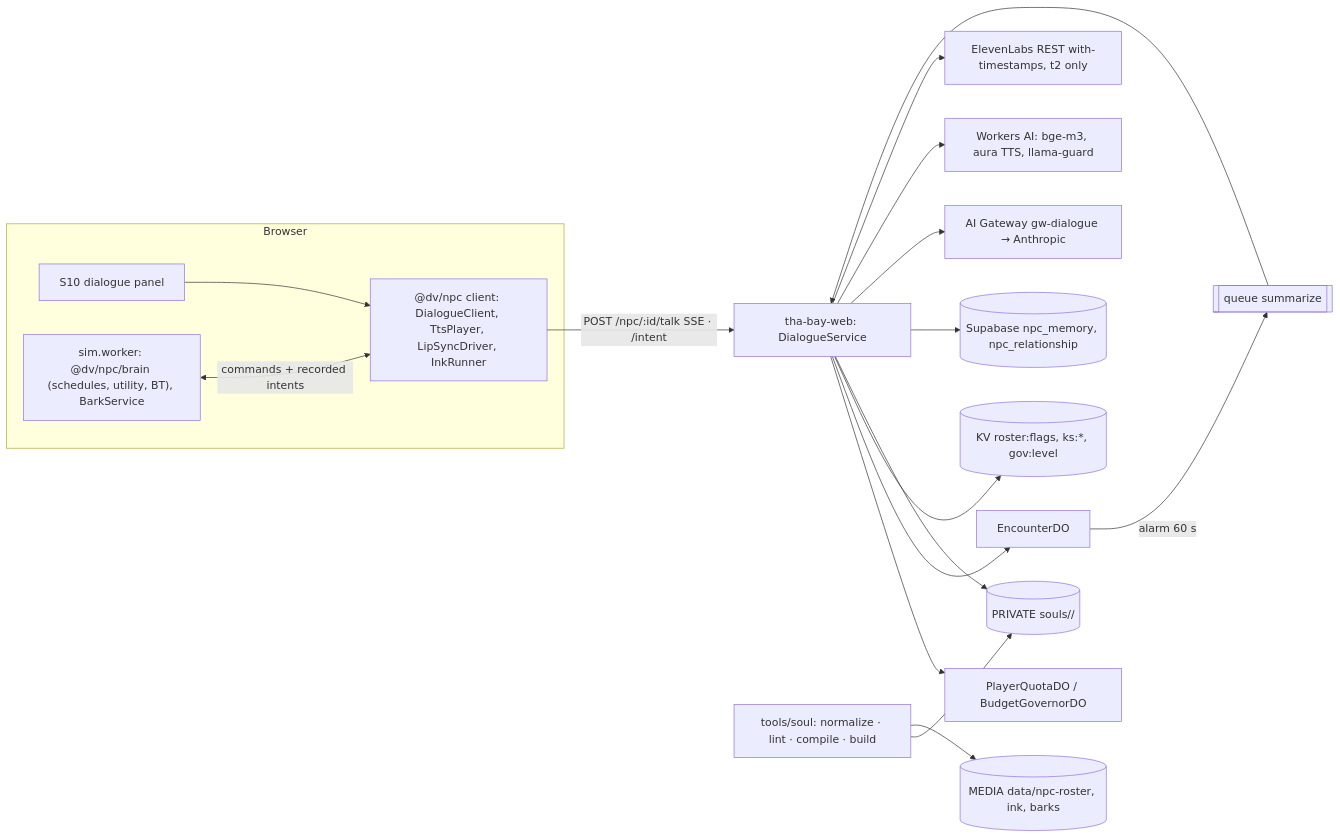
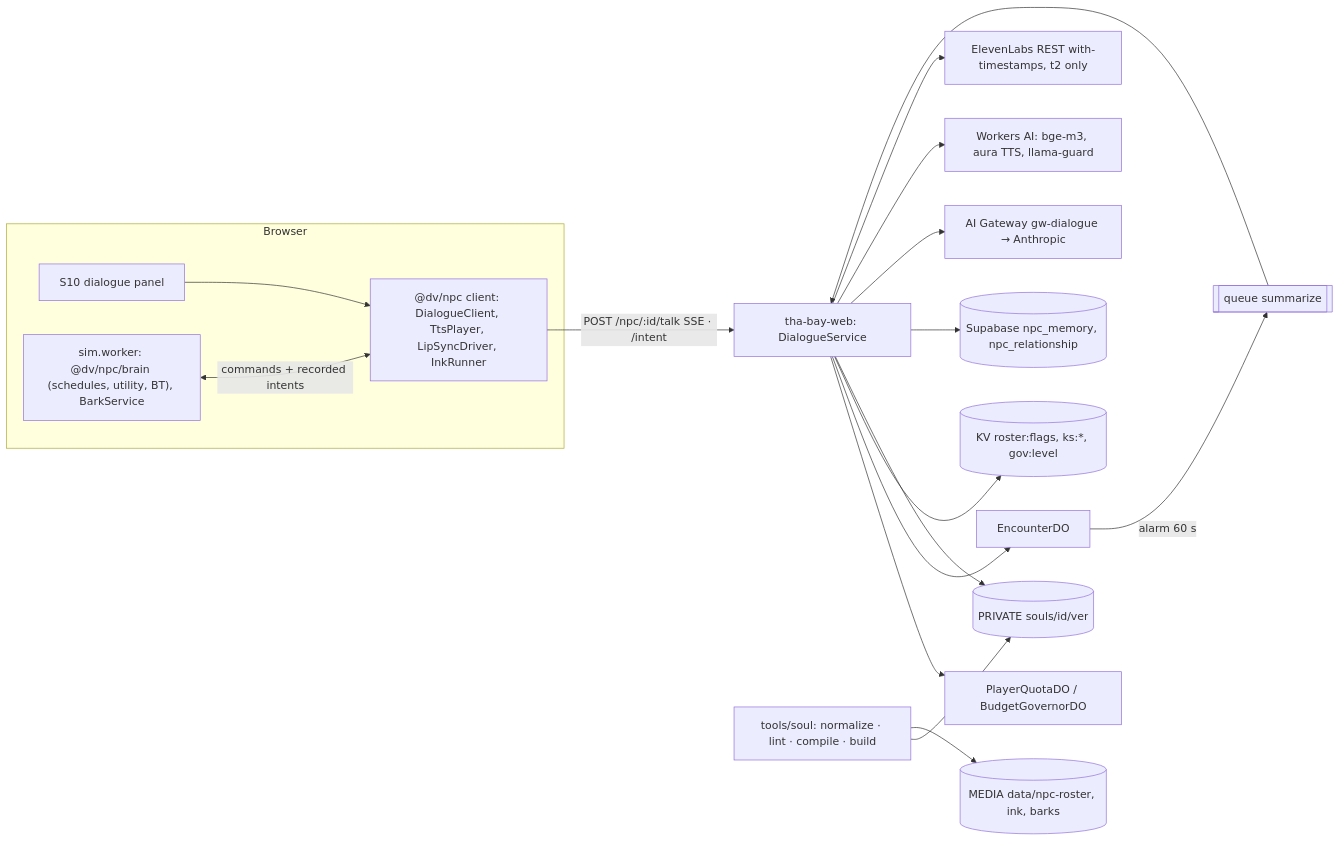
One commit to gratitude5dee/GTA-Tha-Bay changed the first of 2 diagrams in spec/domains/04-npc.md. Above: the diagram before and after it, drawn with Mermaid. The commit also changed other lines of this file and 12 other files, not shown here.

````diff
--- a/spec/domains/04-npc.md
+++ b/spec/domains/04-npc.md
@@ -61,19 +61,19 @@
 ```mermaid
 flowchart LR
   subgraph Browser
     UI[S10 dialogue panel] --> RT["@dv/npc client: DialogueClient, TtsPlayer, LipSyncDriver, InkRunner"]
     SIM["sim.worker: @dv/npc/brain (schedules, utility, BT), BarkService"] <-->|commands + recorded intents| RT
   end
   RT -->|POST /npc/:id/talk SSE · /intent| W[tha-bay-web: DialogueService]
   W --> Q[PlayerQuotaDO / BudgetGovernorDO]
   W --> E[EncounterDO]
   W --> KV[(KV roster:flags, ks:*, gov:level)]
-  W --> P[(PRIVATE souls/<id>/<ver>)]
+  W --> P[("PRIVATE souls/id/ver")]
   W --> DB[(Supabase npc_memory, npc_relationship)]
   W --> AIG[AI Gateway gw-dialogue → Anthropic]
   W --> WAI[Workers AI: bge-m3, aura TTS, llama-guard]
   W --> EL[ElevenLabs REST with-timestamps, t2 only]
   E -->|alarm 60 s| QU[[queue summarize]] --> W
   TOOLS["tools/soul: normalize · lint · compile · build"] --> P
   TOOLS --> M[(MEDIA data/npc-roster, ink, barks)]
 ```
````
